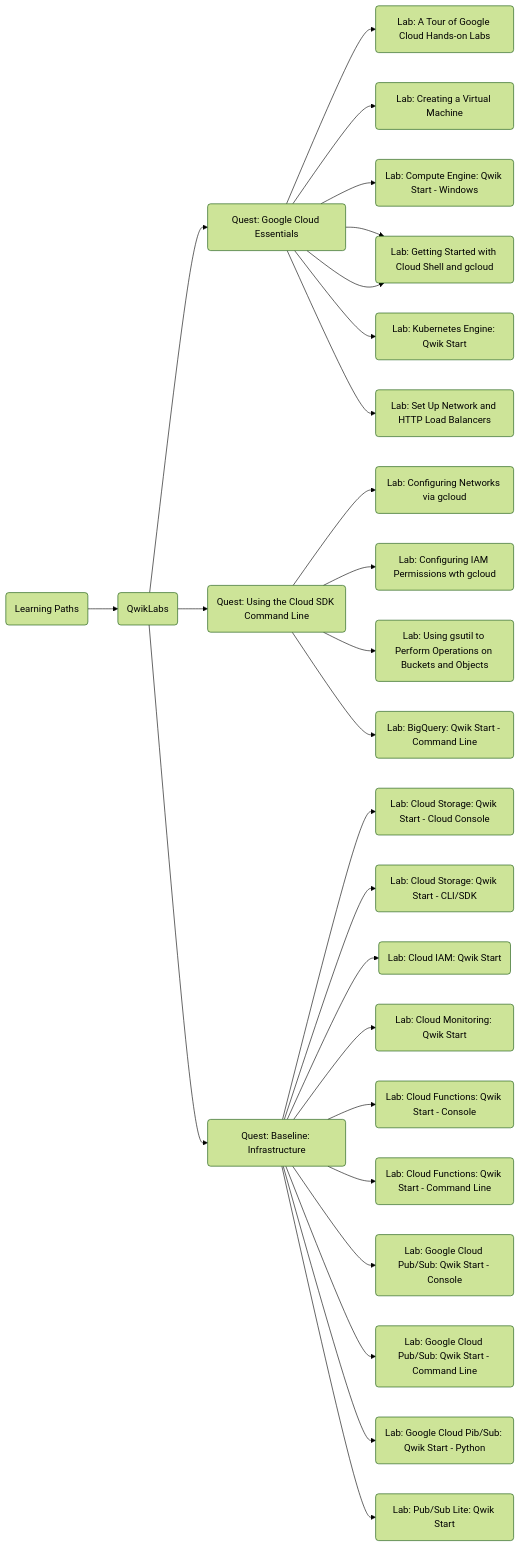
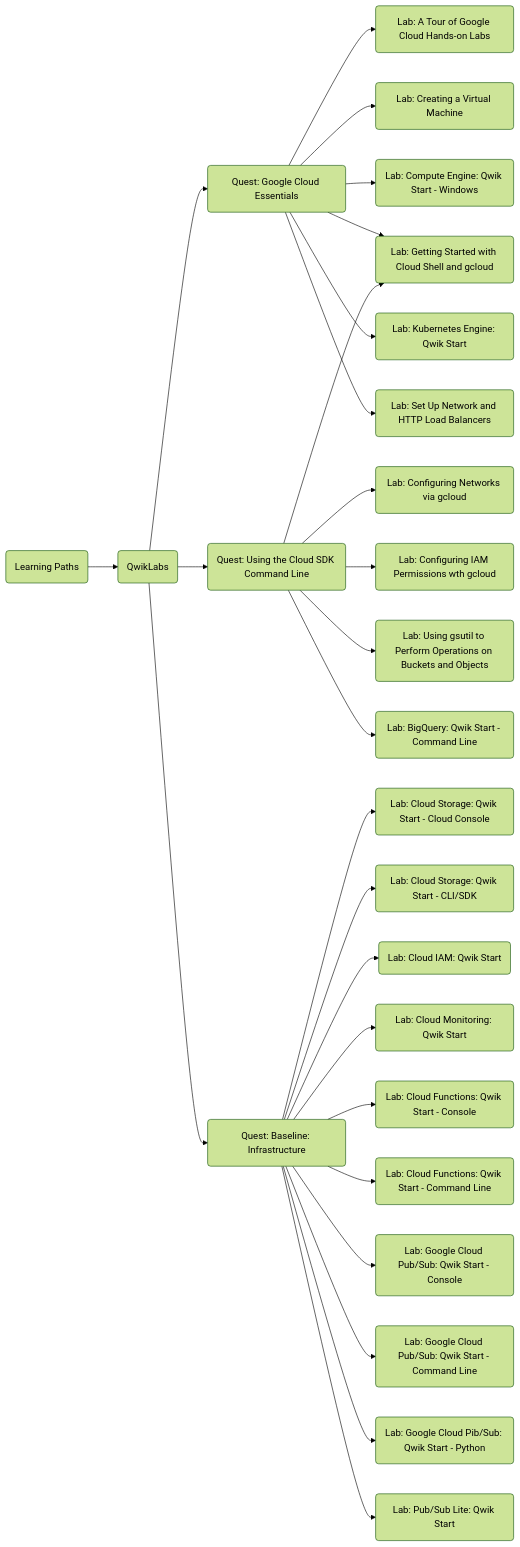
One commit to apnex/mermaid-api changed the diagram in examples/quests.mmd. Above: the diagram before and after it, drawn with Mermaid (forest theme).

```diff
--- a/examples/quests.mmd
+++ b/examples/quests.mmd
@@ -1,31 +1,31 @@
 flowchart LR
 	classDef anode fill:#00ff00,stroke:#333,stroke-width:4px,height:50px,width:600px;
 
 	A(Learning Paths) --> B(QwikLabs)
 
 	B --> C(Quest: Google Cloud Essentials)
 	C --> C1(Lab: A Tour of Google Cloud Hands-on Labs)
 	C --> C2(Lab: Creating a Virtual Machine)
 	C --> C3(Lab: Compute Engine: Qwik Start - Windows)
 	C --> C4(Lab: Getting Started with Cloud Shell and gcloud)
 	C --> C5(Lab: Kubernetes Engine: Qwik Start)
 	C --> C6(Lab: Set Up Network and HTTP Load Balancers)
 
 	B --> D(Quest: Using the Cloud SDK Command Line)
-	C --> C4
+	D --> C4
 	D --> D1(Lab: Configuring Networks via gcloud)
 	D --> D2(Lab: Configuring IAM Permissions wth gcloud)
 	D --> D3(Lab: Using gsutil to Perform Operations on Buckets and Objects)
 	D --> D4(Lab: BigQuery: Qwik Start - Command Line)
 
 	B --> E(Quest: Baseline: Infrastructure)
 	E --> E1(Lab: Cloud Storage: Qwik Start - Cloud Console)
 	E --> E2(Lab: Cloud Storage: Qwik Start - CLI/SDK)
 	E --> E3(Lab: Cloud IAM: Qwik Start)
 	E --> E4(Lab: Cloud Monitoring: Qwik Start)
 	E --> E5(Lab: Cloud Functions: Qwik Start - Console)
 	E --> E6(Lab: Cloud Functions: Qwik Start - Command Line)
 	E --> E7(Lab: Google Cloud Pub/Sub: Qwik Start - Console)
 	E --> E8(Lab: Google Cloud Pub/Sub: Qwik Start - Command Line)
 	E --> E9(Lab: Google Cloud Pib/Sub: Qwik Start - Python)
 	E --> E10(Lab: Pub/Sub Lite: Qwik Start)
```
